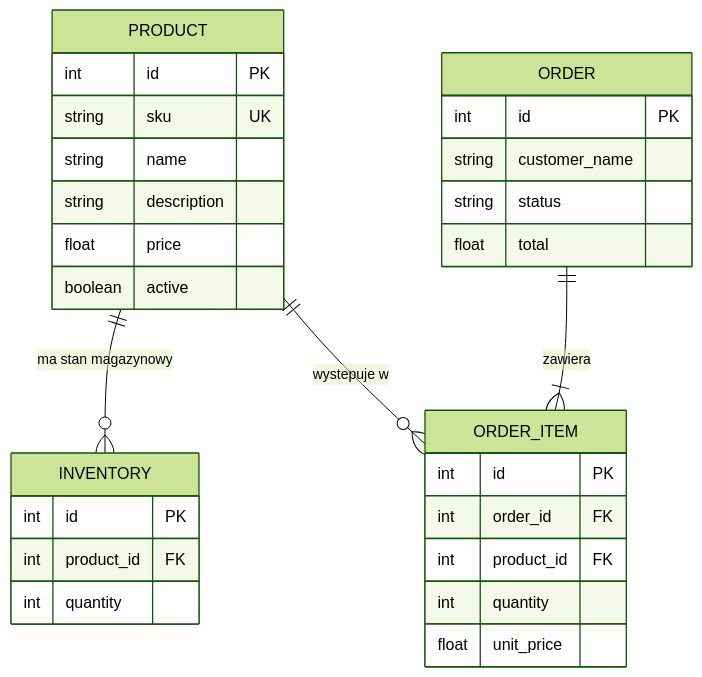
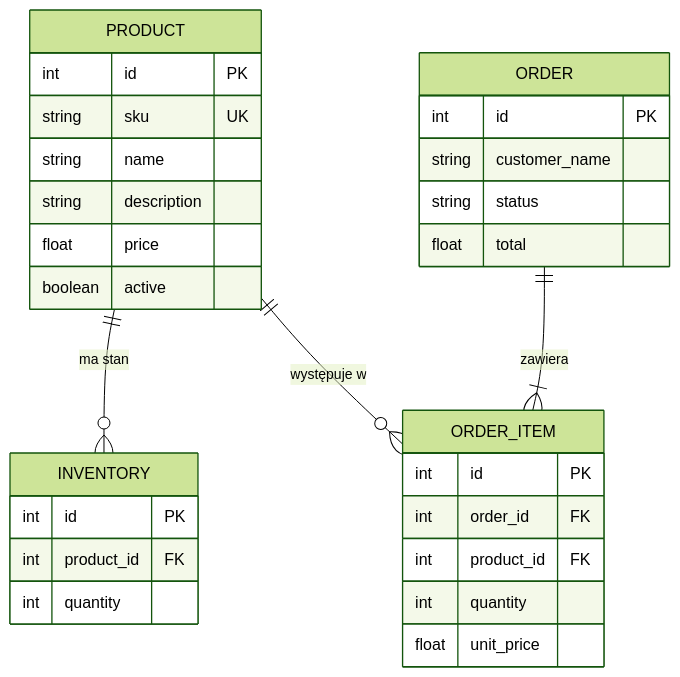
Before and after one commit to kmichal661/projekt-rozproszone-bazy-danych: the diagram in ReadMe.md, drawn with Mermaid (forest theme). The commit also changed other lines of this file and 42 other files, not shown here.

````diff
--- a/ReadMe.md
+++ b/ReadMe.md
@@ -27,36 +21,33 @@
 ```mermaid
 erDiagram
-    PRODUCT ||--o{ INVENTORY : "ma stan magazynowy"
-    PRODUCT ||--o{ ORDER_ITEM : "wystepuje w"
+    PRODUCT ||--o{ INVENTORY : "ma stan"
+    PRODUCT ||--o{ ORDER_ITEM : "występuje w"
     ORDER ||--|{ ORDER_ITEM : "zawiera"
 
     PRODUCT {
         int id PK
         string sku UK
         string name
         string description
         float price
         boolean active
     }
-
     INVENTORY {
         int id PK
         int product_id FK
         int quantity
     }
-
     ORDER {
         int id PK
         string customer_name
         string status
         float total
     }
-
     ORDER_ITEM {
         int id PK
         int order_id FK
         int product_id FK
         int quantity
         float unit_price
     }
 ```
````
